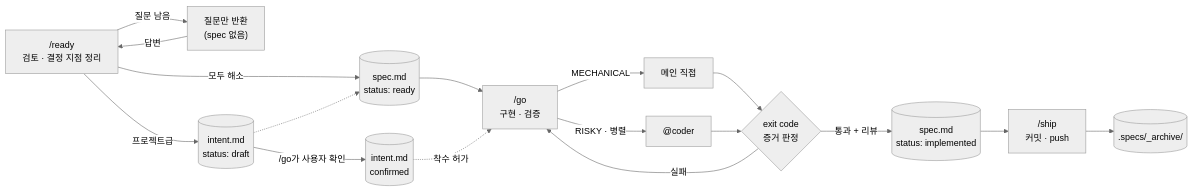
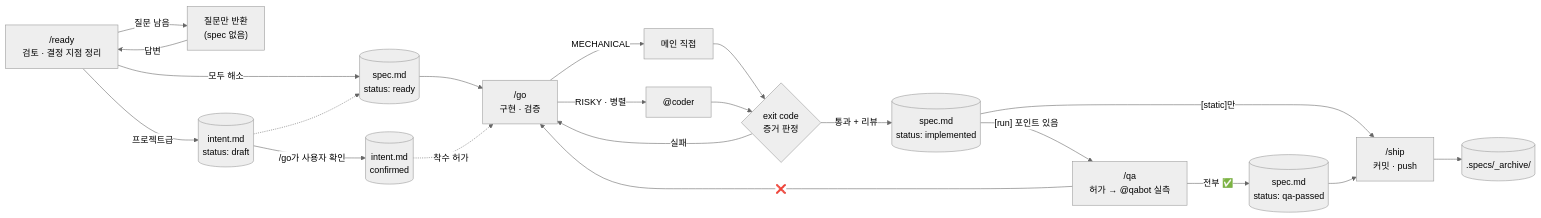
The second of 2 diagrams in README.md (95hyun/my-machina), drawn with Mermaid (neutral theme) before and after one commit. The commit also changed other lines of this file and 7 other files, not shown here.

First line of the commit message:
feat: /qa 스킬 + @qabot 도입 — 런타임·UI 확인 포인트 독립 실측

````diff
--- a/README.md
+++ b/README.md
@@ -101,19 +108,23 @@
 ```mermaid
 flowchart LR
     R["/ready<br/>검토 · 결정 지점 정리"] -->|질문 남음| Q["질문만 반환<br/>(spec 없음)"]
     Q -->|답변| R
     R -->|프로젝트급| N[("intent.md<br/>status: draft")]
     R -->|모두 해소| S[("spec.md<br/>status: ready")]
     N -.-> S
     S --> G["/go<br/>구현 · 검증"]
     N -->|"/go가 사용자 확인"| NC[("intent.md<br/>confirmed")]
     NC -. 착수 허가 .-> G
     G -->|MECHANICAL| D[메인 직접]
     G -->|RISKY · 병렬| C["@coder"]
     D --> V{"exit code<br/>증거 판정"}
     C --> V
     V -->|실패| G
     V -->|통과 + 리뷰| I[("spec.md<br/>status: implemented")]
-    I --> SH["/ship<br/>커밋 · push"]
+    I -->|"[run] 포인트 있음"| QA["/qa<br/>허가 → @qabot 실측"]
+    QA -->|❌| G
+    QA -->|"전부 ✅"| QP[("spec.md<br/>status: qa-passed")]
+    I -->|"[static]만"| SH["/ship<br/>커밋 · push"]
+    QP --> SH
     SH --> A[(".specs/_archive/")]
 ```
````
